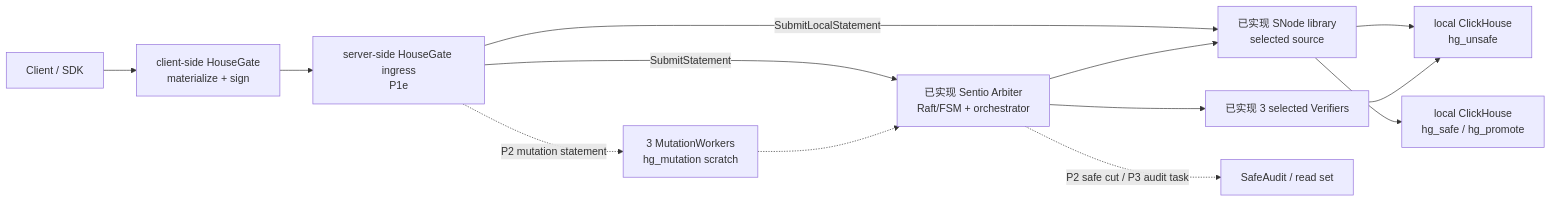
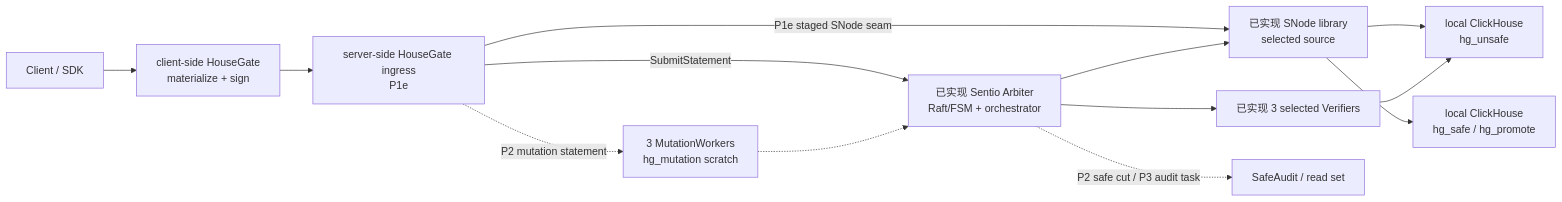
Before and after one commit to housegate/housegate: the first of 4 diagrams in docs/superpowers/specs/2026-07-01-sentio-sequencer-storage-integrity-insert-bounded-update-delete-design.zh-CN.md, drawn with Mermaid. The commit also changed other lines of this file, not shown here.

````diff
--- a/docs/superpowers/specs/2026-07-01-sentio-sequencer-storage-integrity-insert-bounded-update-delete-design.zh-CN.md
+++ b/docs/superpowers/specs/2026-07-01-sentio-sequencer-storage-integrity-insert-bounded-update-delete-design.zh-CN.md
@@ -30,17 +32,17 @@
 ```mermaid
 flowchart LR
   C["Client / SDK"] --> CHG["client-side HouseGate\nmaterialize + sign"]
   CHG --> I["server-side HouseGate ingress\nP1e"]
 
-  I -->|"SubmitLocalStatement"| SN["已实现 SNode library\nselected source"]
+  I -->|"P1e staged SNode seam"| SN["已实现 SNode library\nselected source"]
   I -->|"SubmitStatement"| ARB["已实现 Sentio Arbiter\nRaft/FSM + orchestrator"]
   SN --> U["local ClickHouse\nhg_unsafe"]
   ARB --> VF["已实现 3 selected Verifiers"]
   VF --> U
   ARB --> SN
   SN --> S["local ClickHouse\nhg_safe / hg_promote"]
 
   I -.->|"P2 mutation statement"| MW["3 MutationWorkers\nhg_mutation scratch"]
   MW -.-> ARB
   ARB -.->|"P2 safe cut / P3 audit task"| SA["SafeAudit / read set"]
 ```
````
